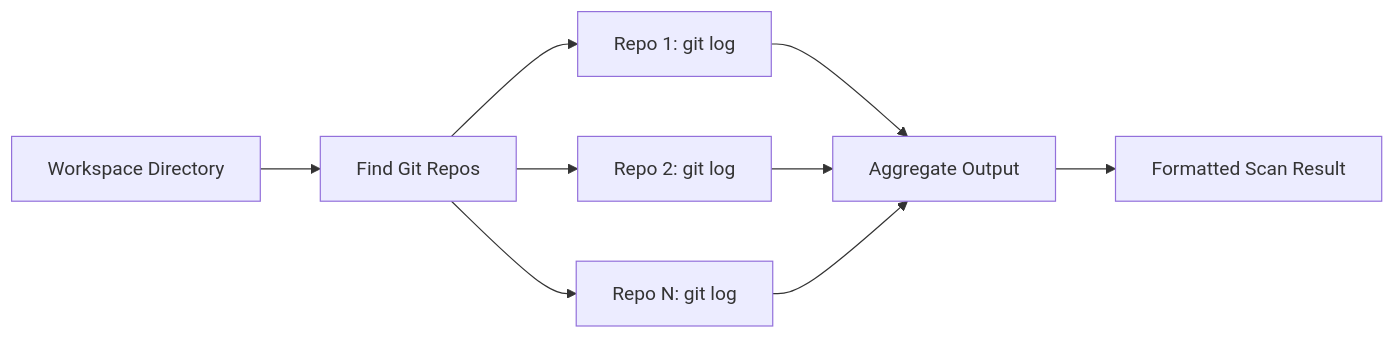
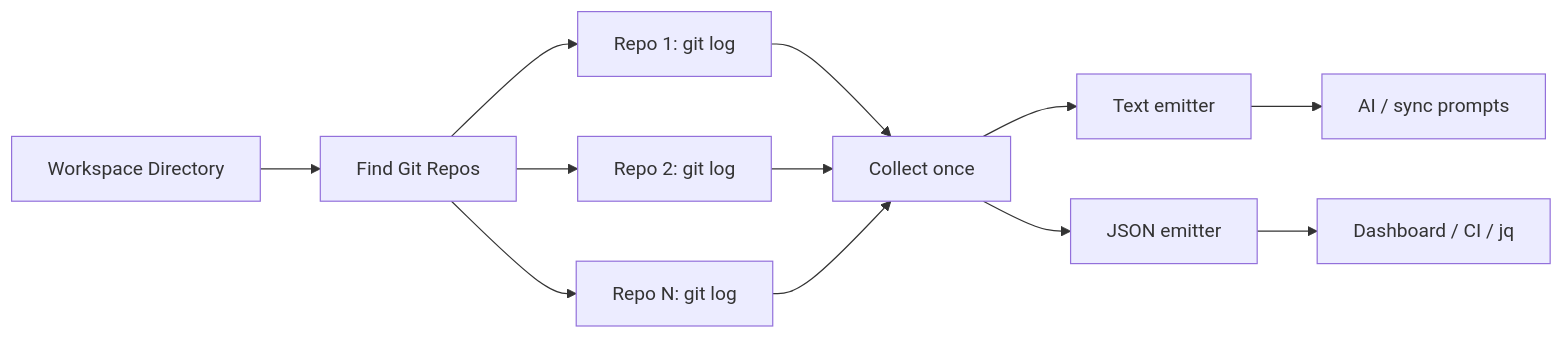
The second of 7 diagrams in docs/architecture.md (Hrithik-Gavankar/brainstack), drawn with Mermaid before and after one commit. The commit also changed other lines of this file and 14 other files, not shown here.

First line of the commit message:
feat(scan): add --json structured output for dashboard and CI

````diff
--- a/docs/architecture.md
+++ b/docs/architecture.md
@@ -96,11 +118,14 @@
 ```mermaid
 flowchart LR
     WS[Workspace Directory] --> FIND[Find Git Repos]
     FIND --> R1[Repo 1: git log]
     FIND --> R2[Repo 2: git log]
     FIND --> R3[Repo N: git log]
-    R1 --> AGG[Aggregate Output]
+    R1 --> AGG[Collect once]
     R2 --> AGG
     R3 --> AGG
-    AGG --> OUT[Formatted Scan Result]
+    AGG --> TEXT[Text emitter]
+    AGG --> JSON[JSON emitter]
+    TEXT --> OUT1[AI / sync prompts]
+    JSON --> OUT2[Dashboard / CI / jq]
 ```
````
